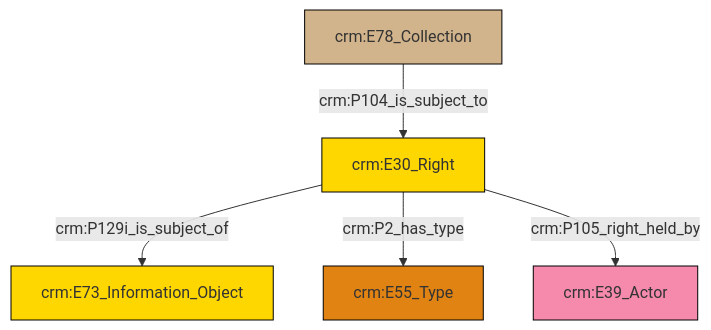
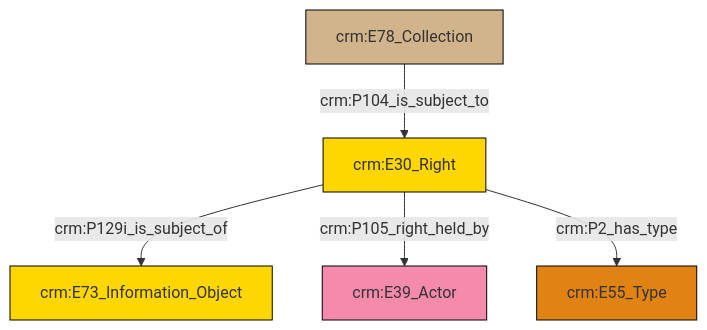
Before and after one commit to swiss-art-research-net/docs.swissartresearch: the diagram in et/archivalCSV/ttl/mmd/archival_rights.ttl.mmd, drawn with Mermaid. The commit also changed 181 other files, not shown here.

```diff
--- a/et/archivalCSV/ttl/mmd/archival_rights.ttl.mmd
+++ b/et/archivalCSV/ttl/mmd/archival_rights.ttl.mmd
@@ -1,19 +1,19 @@
 graph TD
 classDef Literal fill:#f2f2f2,stroke:#000000;
 classDef CRM_Entity fill:#FFFFFF,stroke:#000000;
 classDef Temporal_Entity fill:#00C9E6, stroke:#000000;
 classDef Type fill:#E18312, stroke:#000000;
 classDef Time-Span fill:#2C9C91, stroke:#000000;
 classDef Appellation fill:#FFEB7F, stroke:#000000;
 classDef Place fill:#008836, stroke:#000000;
 classDef Persistent_Item fill:#B266B2, stroke:#000000;
 classDef Conceptual_Object fill:#FFD700, stroke:#000000;
 classDef Physical_Thing fill:#D2B48C, stroke:#000000;
 classDef Actor fill:#f58aad, stroke:#000000;
 classDef PC_Classes fill:#4ce600, stroke:#000000;
 classDef Multi fill:#cccccc,stroke:#000000;
 
-0["crm:E30_Right"]:::Conceptual_Object -->|crm:P129i_is_subject_of| 1["crm:E73_Information_Object"]:::Conceptual_Object
-0["crm:E30_Right"]:::Conceptual_Object -->|crm:P2_has_type| 6["crm:E55_Type"]:::Type
-4["crm:E78_Collection"]:::Physical_Thing -->|crm:P104_is_subject_to| 0["crm:E30_Right"]:::Conceptual_Object
-0["crm:E30_Right"]:::Conceptual_Object -->|crm:P105_right_held_by| 8["crm:E39_Actor"]:::Actor
+2["crm:E30_Right"]:::Conceptual_Object -->|crm:P129i_is_subject_of| 4["crm:E73_Information_Object"]:::Conceptual_Object
+2["crm:E30_Right"]:::Conceptual_Object -->|crm:P105_right_held_by| 0["crm:E39_Actor"]:::Actor
+6["crm:E78_Collection"]:::Physical_Thing -->|crm:P104_is_subject_to| 2["crm:E30_Right"]:::Conceptual_Object
+2["crm:E30_Right"]:::Conceptual_Object -->|crm:P2_has_type| 8["crm:E55_Type"]:::Type
```
